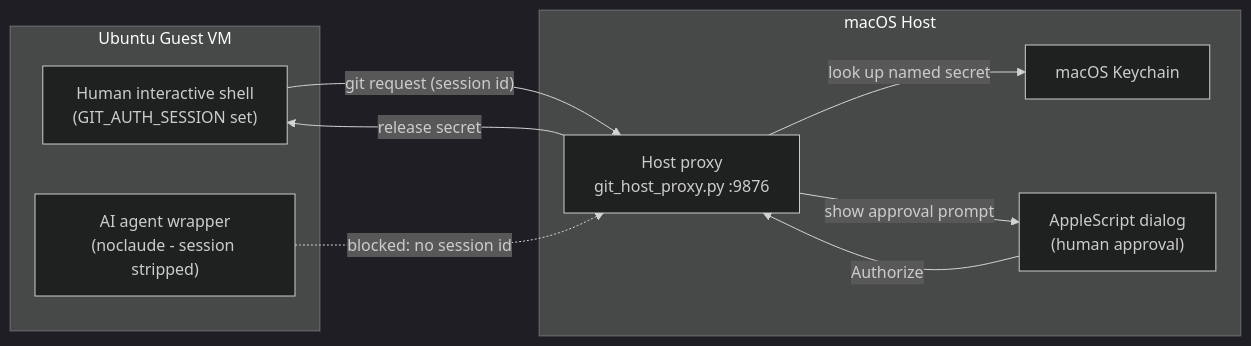
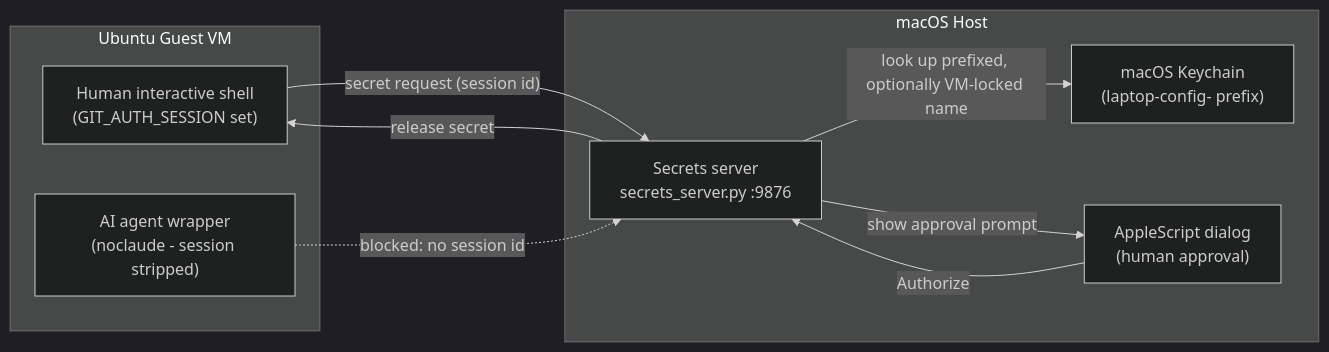
One commit to david-a-wheeler/laptop-config changed the diagram in architecture.md. Above: the diagram before and after it, drawn with Mermaid (dark theme). The commit also changed other lines of this file and 11 other files, not shown here.

First line of the commit message:
Generalize the git-auth proxy into a named secrets server

````diff
--- a/architecture.md
+++ b/architecture.md
@@ -35,20 +35,20 @@
 ```mermaid
 flowchart LR
     subgraph VM["Ubuntu Guest VM"]
         Human["Human interactive shell<br/>(GIT_AUTH_SESSION set)"]
         Agent["AI agent wrapper<br/>(noclaude - session stripped)"]
     end
 
     subgraph Host["macOS Host"]
-        Proxy["Host proxy<br/>git_host_proxy.py :9876"]
+        Server["Secrets server<br/>secrets_server.py :9876"]
         Dialog["AppleScript dialog<br/>(human approval)"]
-        Keychain["macOS Keychain"]
+        Keychain["macOS Keychain<br/>(laptop-config- prefix)"]
     end
 
-    Human -- "git request (session id)" --> Proxy
-    Agent -. "blocked: no session id" .-> Proxy
-    Proxy -- "look up named secret" --> Keychain
-    Proxy -- "show approval prompt" --> Dialog
-    Dialog -- "Authorize" --> Proxy
-    Proxy -- "release secret" --> Human
+    Human -- "secret request (session id)" --> Server
+    Agent -. "blocked: no session id" .-> Server
+    Server -- "look up prefixed, optionally VM-locked name" --> Keychain
+    Server -- "show approval prompt" --> Dialog
+    Dialog -- "Authorize" --> Server
+    Server -- "release secret" --> Human
 ```
````
